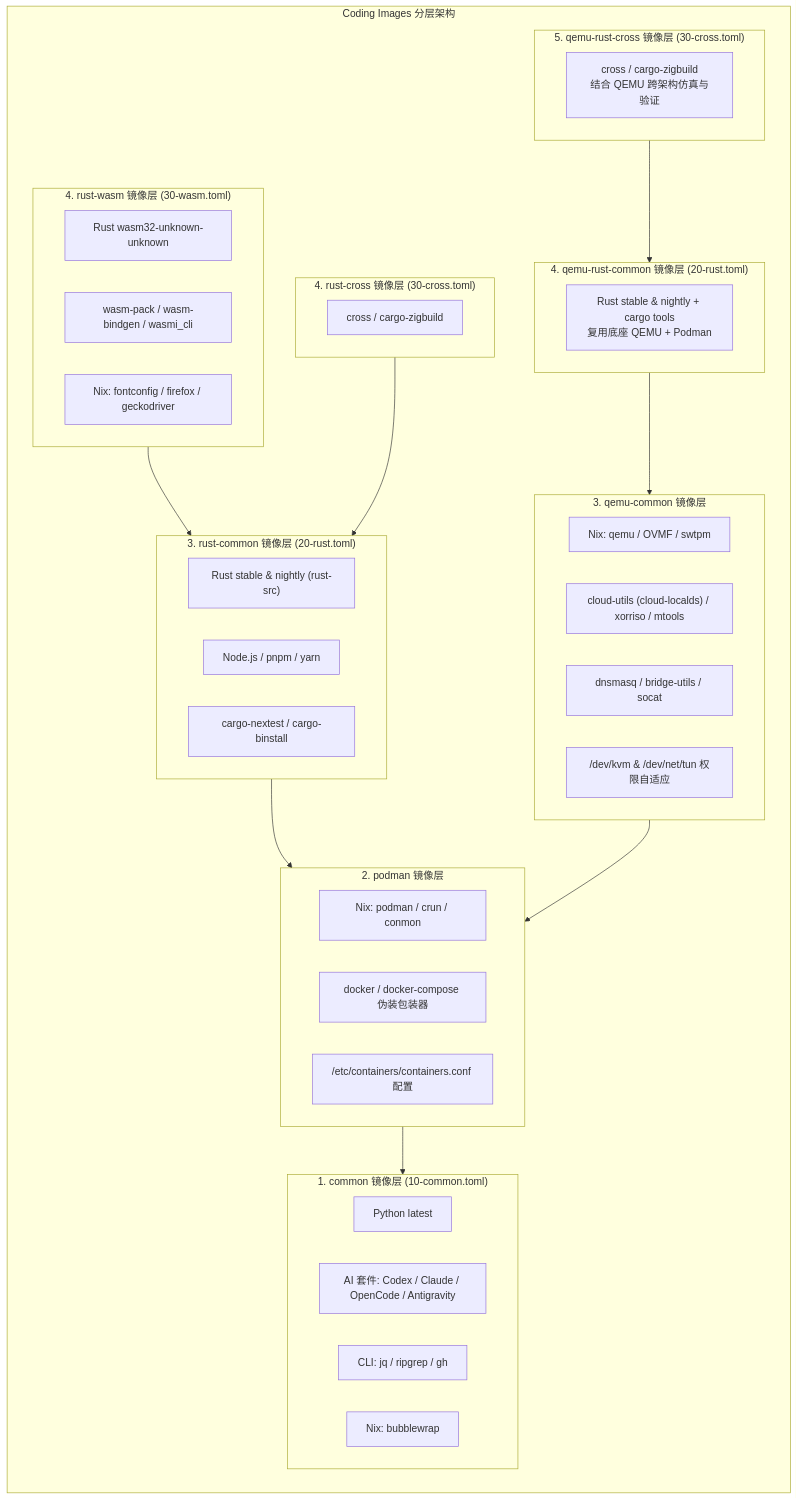
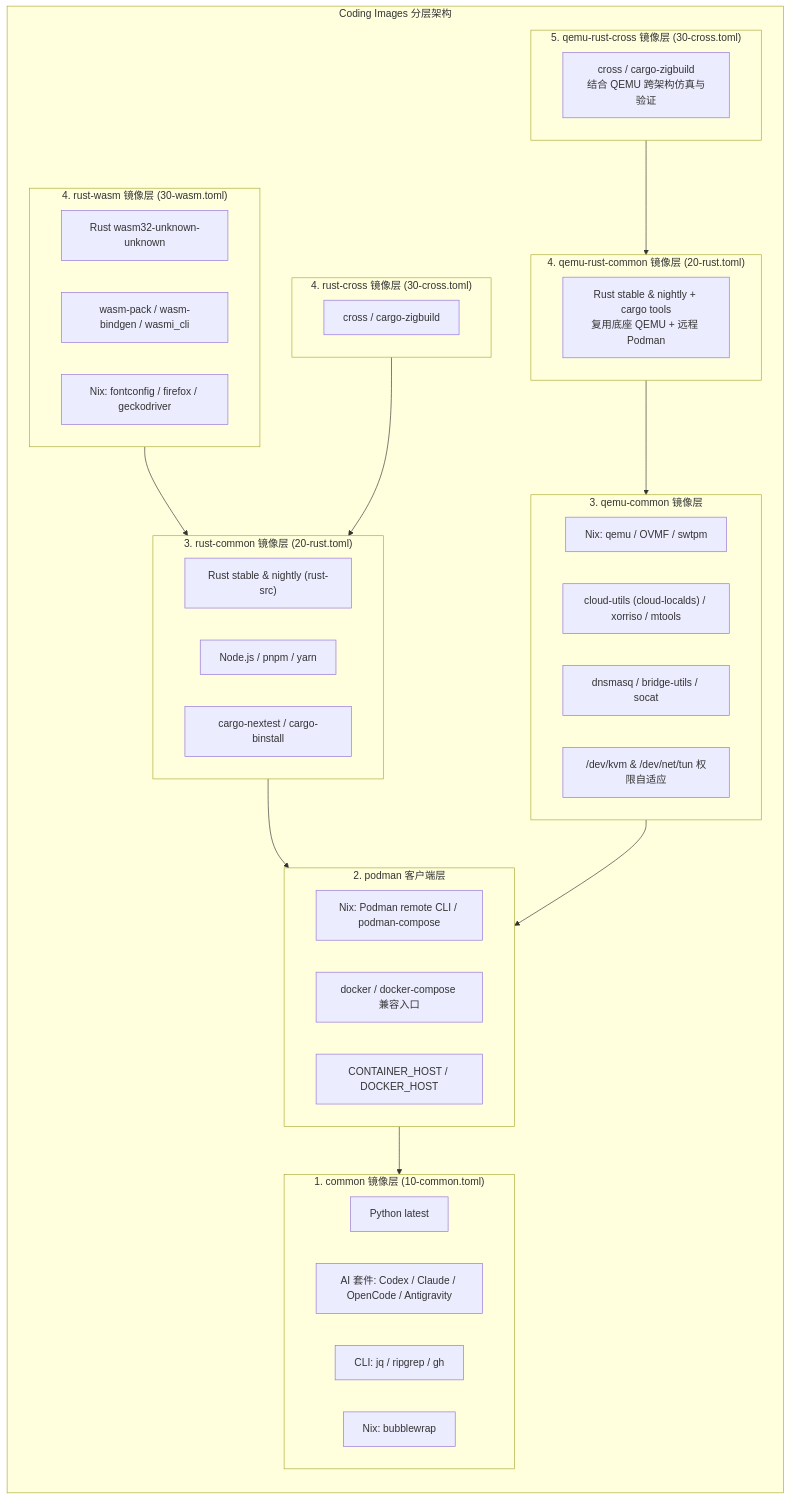
The second of 5 diagrams in README.md (shaogme/coding-images), drawn with Mermaid before and after one commit. The commit also changed other lines of this file and 29 other files, not shown here.

````diff
--- a/README.md
+++ b/README.md
@@ -273,58 +278,58 @@
 ```mermaid
 flowchart TB
     subgraph ContainerHierarchy["Coding Images 分层架构"]
         direction TB
 
         subgraph CommonLayer["1. common 镜像层 (10-common.toml)"]
             Python["Python latest"]
             AITools["AI 套件: Codex / Claude / OpenCode / Antigravity"]
             Utils["CLI: jq / ripgrep / gh"]
             NixBase["Nix: bubblewrap"]
         end
 
-        subgraph PodmanLayer["2. podman 镜像层"]
-            NixPodman["Nix: podman / crun / conmon"]
-            Wrappers["docker / docker-compose 伪装包装器"]
-            ContainersConf["/etc/containers/containers.conf 配置"]
+        subgraph PodmanLayer["2. podman 客户端层"]
+            NixPodman["Nix: Podman remote CLI / podman-compose"]
+            Wrappers["docker / docker-compose 兼容入口"]
+            SocketEnv["CONTAINER_HOST / DOCKER_HOST"]
         end
 
         subgraph RustLayer["3. rust-common 镜像层 (20-rust.toml)"]
             RustToolchains["Rust stable & nightly (rust-src)"]
             NodeTools["Node.js / pnpm / yarn"]
             CargoTools["cargo-nextest / cargo-binstall"]
         end
 
         subgraph QemuLayer["3. qemu-common 镜像层"]
             NixQemu["Nix: qemu / OVMF / swtpm"]
             CloudTools["cloud-utils (cloud-localds) / xorriso / mtools"]
             NetTools["dnsmasq / bridge-utils / socat"]
             KvmDev["/dev/kvm & /dev/net/tun 权限自适应"]
         end
 
         subgraph WasmLayer["4. rust-wasm 镜像层 (30-wasm.toml)"]
             WasmTargets["Rust wasm32-unknown-unknown"]
             WasmTools["wasm-pack / wasm-bindgen / wasmi_cli"]
             NixWasm["Nix: fontconfig / firefox / geckodriver"]
         end
 
         subgraph CrossLayer["4. rust-cross 镜像层 (30-cross.toml)"]
             CrossTools["cross / cargo-zigbuild"]
         end
 
         subgraph QemuRustCommonLayer["4. qemu-rust-common 镜像层 (20-rust.toml)"]
-            QemuRustTools["Rust stable & nightly + cargo tools<br/>复用底座 QEMU + Podman"]
+            QemuRustTools["Rust stable & nightly + cargo tools<br/>复用底座 QEMU + 远程 Podman"]
         end
 
         subgraph QemuRustCrossLayer["5. qemu-rust-cross 镜像层 (30-cross.toml)"]
             QemuCrossTools["cross / cargo-zigbuild<br/>结合 QEMU 跨架构仿真与验证"]
         end
 
         WasmLayer --> RustLayer
         CrossLayer --> RustLayer
         QemuRustCommonLayer --> QemuLayer
         QemuRustCrossLayer --> QemuRustCommonLayer
         RustLayer --> PodmanLayer
         QemuLayer --> PodmanLayer
         PodmanLayer --> CommonLayer
     end
 ```
````
